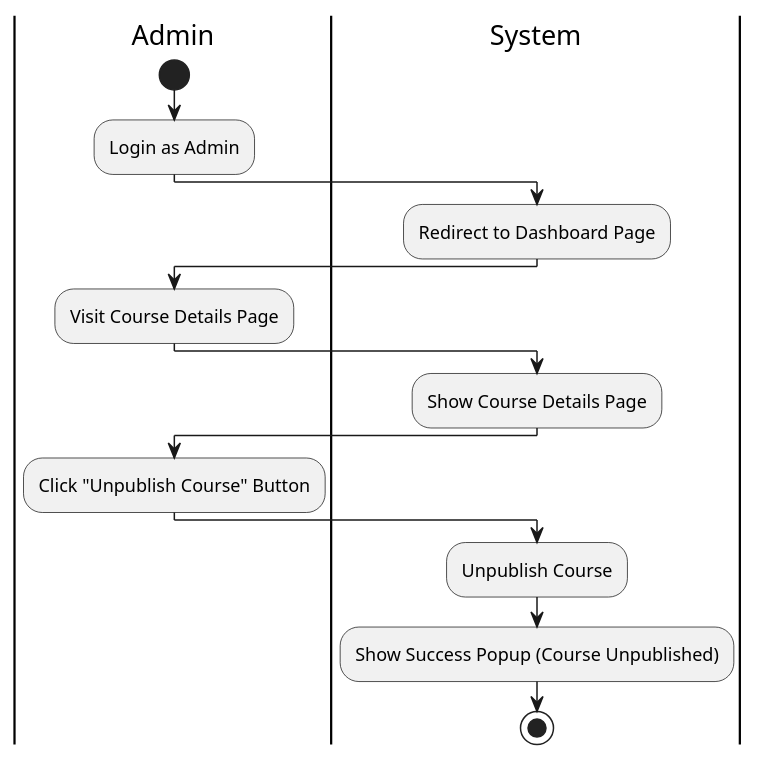
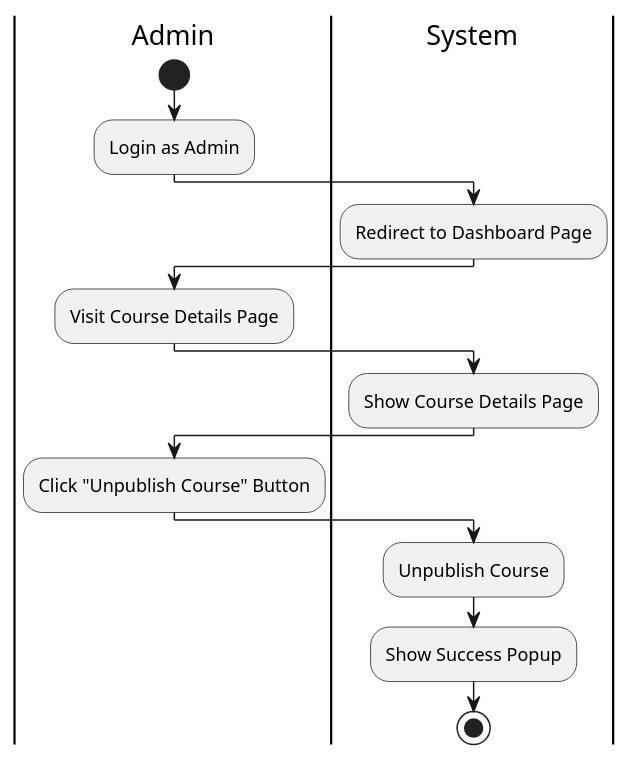
One commit to felixpherry/Lecturna-UML changed the diagram in 068. Unpublish Course/Activity Diagram.puml. Above: the diagram before and after it, drawn with PlantUML. The commit also changed 66 other files, not shown here.

Commit message:
Fix: Activity Diagrams

```diff
--- a/068. Unpublish Course/Activity Diagram.puml
+++ b/068. Unpublish Course/Activity Diagram.puml
@@ -1,17 +1,17 @@
 @startuml UnpublishCourse
 |Admin|
 start
 :Login as Admin;
 |System|
 :Redirect to Dashboard Page;
 |Admin|
 :Visit Course Details Page;
 |System|
 :Show Course Details Page;
 |Admin|
 :Click "Unpublish Course" Button;
 |System|
 :Unpublish Course;
-:Show Success Popup (Course Unpublished);
+:Show Success Popup;
 stop
 @enduml
```
